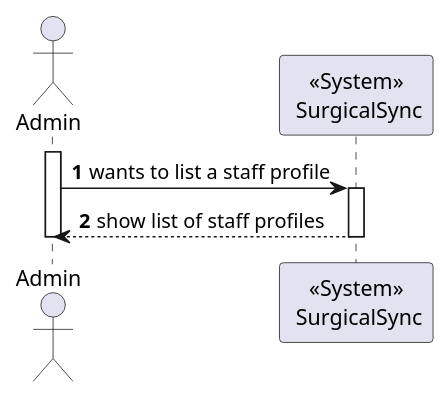
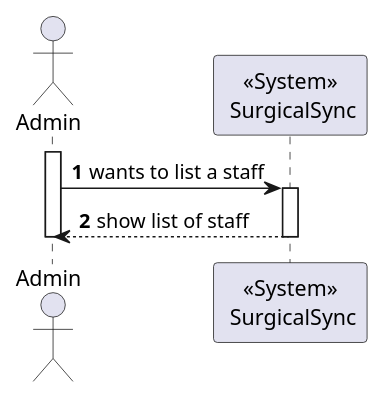
Before and after one commit to MiguelCardoso77/SurgicalSync-BackEnd: the diagram in Wiki/SprintA/diagrams/use-cases/21-list-staff-profiles/level1/process-view.puml, drawn with PlantUML. The commit also changed 8 other files, not shown here.

```diff
--- a/Wiki/SprintA/diagrams/use-cases/21-list-staff-profiles/level1/process-view.puml
+++ b/Wiki/SprintA/diagrams/use-cases/21-list-staff-profiles/level1/process-view.puml
@@ -1,16 +1,16 @@
 @startuml
 autonumber
 
 actor "Admin" as USER
 participant "<<System>>\n SurgicalSync" as SYSTEM
 
 activate USER
 
-    USER -> SYSTEM: wants to list a staff profile
+    USER -> SYSTEM: wants to list a staff 
     activate SYSTEM
 
-        SYSTEM --> USER : show list of staff profiles
+        SYSTEM --> USER : show list of staff 
     deactivate SYSTEM
           
 deactivate USER
 @enduml
```
